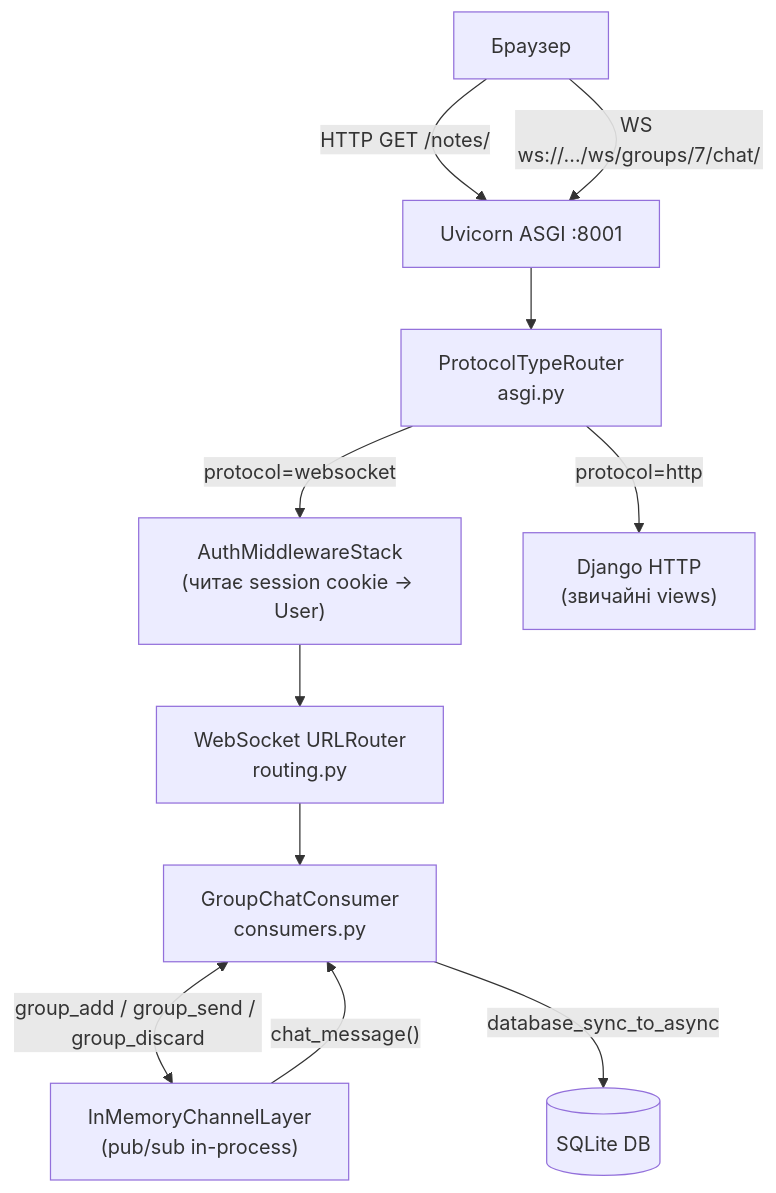
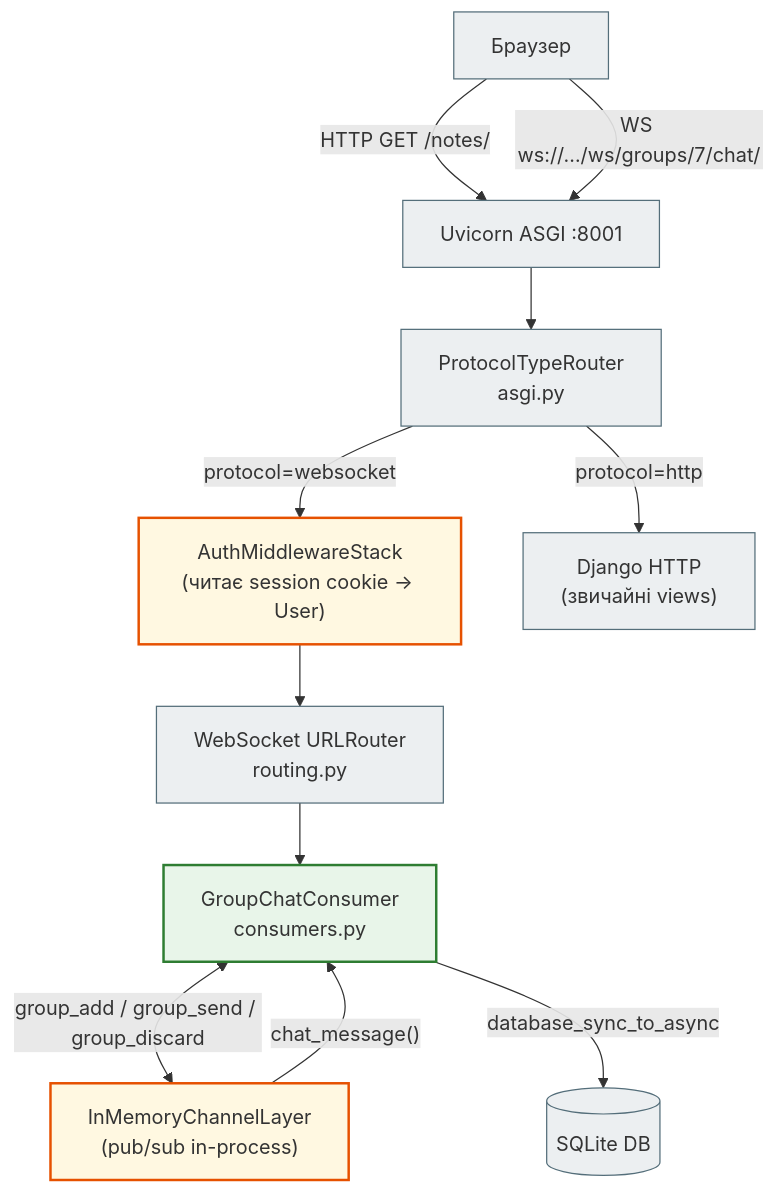
Before and after one commit to NikoriakViktot/notes_chat_app: the fourth of 5 diagrams in docs/tutorials/README_8.md, drawn with Mermaid. The commit also changed other lines of this file and 441 other files, not shown here.

First line of the commit message:
Add English version of the book, Mermaid standard, docs fixes

````diff
--- a/docs/tutorials/README_8.md
+++ b/docs/tutorials/README_8.md
@@ -1049,23 +1057,31 @@
 ```mermaid
 flowchart TD
     Browser["Браузер"]
     Uvicorn["Uvicorn ASGI :8001"]
-    PTR["ProtocolTypeRouter\nasgi.py"]
-    Auth["AuthMiddlewareStack\n(читає session cookie → User)"]
-    WS_Router["WebSocket URLRouter\nrouting.py"]
-    Consumer["GroupChatConsumer\nconsumers.py"]
-    DjangoHTTP["Django HTTP\n(звичайні views)"]
-    ChannelLayer["InMemoryChannelLayer\n(pub/sub in-process)"]
+    PTR["ProtocolTypeRouter<br>asgi.py"]
+    Auth["AuthMiddlewareStack<br>(читає session cookie → User)"]
+    WS_Router["WebSocket URLRouter<br>routing.py"]
+    Consumer["GroupChatConsumer<br>consumers.py"]
+    DjangoHTTP["Django HTTP<br>(звичайні views)"]
+    ChannelLayer["InMemoryChannelLayer<br>(pub/sub in-process)"]
     DB[("SQLite DB")]
 
     Browser -->|"HTTP GET /notes/"| Uvicorn
     Browser -->|"WS ws://…/ws/groups/7/chat/"| Uvicorn
     Uvicorn --> PTR
     PTR -->|"protocol=http"| DjangoHTTP
     PTR -->|"protocol=websocket"| Auth
     Auth --> WS_Router
     WS_Router --> Consumer
     Consumer <-->|"group_add / group_send / group_discard"| ChannelLayer
     ChannelLayer -->|"chat_message()"| Consumer
     Consumer -->|"database_sync_to_async"| DB
+
+    classDef step     fill:#eceff1,stroke:#546e7a,stroke-width:1px;
+    classDef success  fill:#e8f5e9,stroke:#2e7d32,stroke-width:2px;
+    classDef warning  fill:#fff8e1,stroke:#e65100,stroke-width:2px;
+
+    class Browser,Uvicorn,PTR,WS_Router,DjangoHTTP,DB step;
+    class Auth,ChannelLayer warning;
+    class Consumer success;
 ```
````
